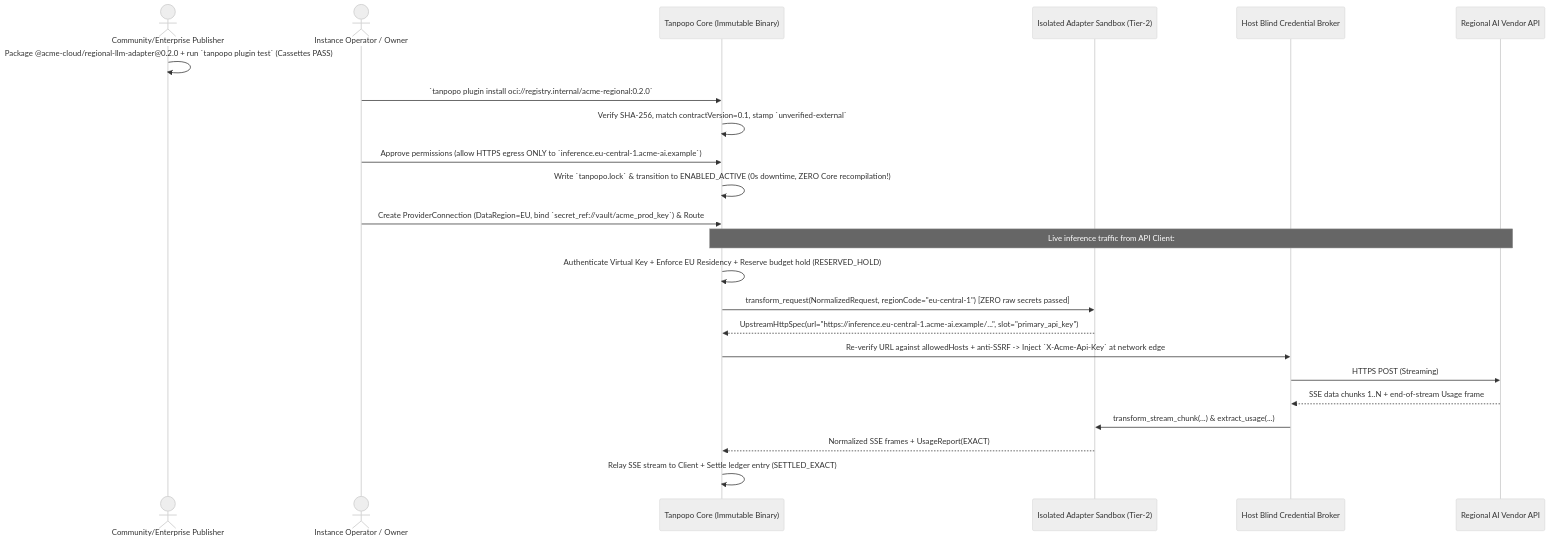
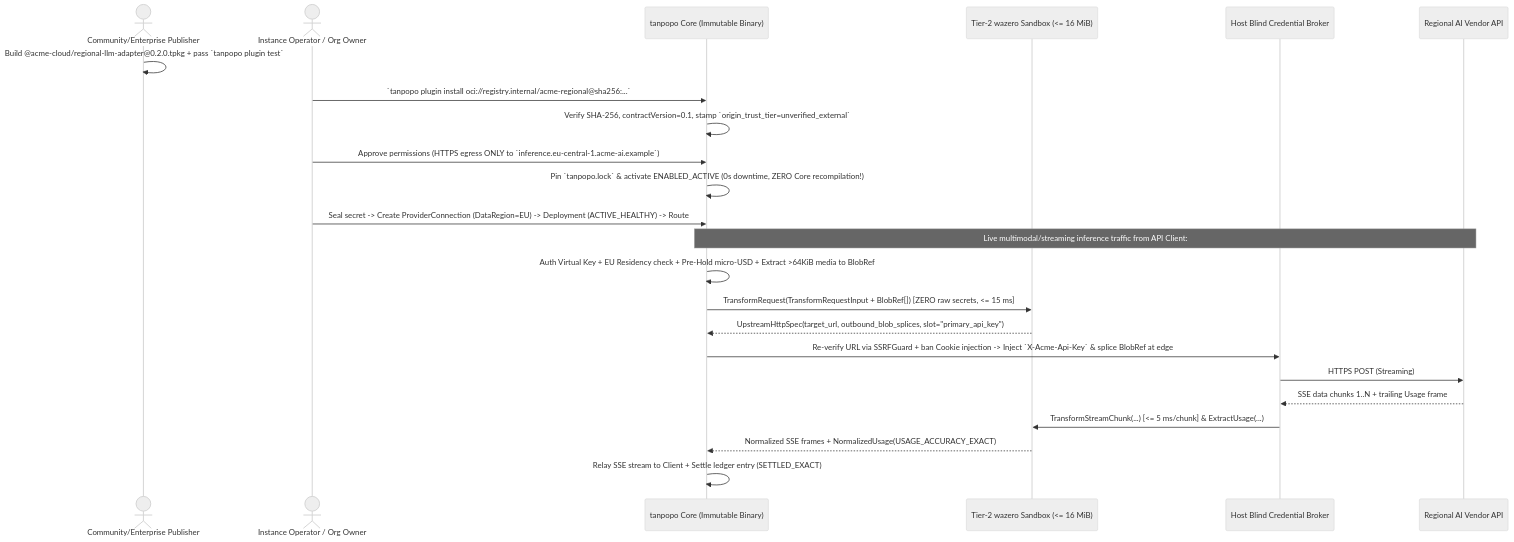
Before and after one commit to nguywnben/tanpopo: the second of 2 diagrams in docs/specifications/provider-adapter.md, drawn with Mermaid (neutral theme). The commit also changed other lines of this file and 70 other files, not shown here.

````diff
--- a/docs/specifications/provider-adapter.md
+++ b/docs/specifications/provider-adapter.md
@@ -149,26 +155,26 @@
 ```mermaid
 sequenceDiagram
     actor Pub as Community/Enterprise Publisher
-    actor Op as Instance Operator / Owner
-    participant Core as Tanpopo Core (Immutable Binary)
-    participant Sbx as Isolated Adapter Sandbox (Tier-2)
+    actor Op as Instance Operator / Org Owner
+    participant Core as tanpopo Core (Immutable Binary)
+    participant Sbx as Tier-2 wazero Sandbox (<= 16 MiB)
     participant Broker as Host Blind Credential Broker
     participant Up as Regional AI Vendor API
 
-    Pub->>Pub: Package @acme-cloud/regional-llm-adapter@0.2.0 + run `tanpopo plugin test` (Cassettes PASS)
-    Op->>Core: `tanpopo plugin install oci://registry.internal/acme-regional:0.2.0`
-    Core->>Core: Verify SHA-256, match contractVersion=0.1, stamp `unverified-external`
-    Op->>Core: Approve permissions (allow HTTPS egress ONLY to `inference.eu-central-1.acme-ai.example`)
-    Core->>Core: Write `tanpopo.lock` & transition to ENABLED_ACTIVE (0s downtime, ZERO Core recompilation!)
-    Op->>Core: Create ProviderConnection (DataRegion=EU, bind `secret_ref://vault/acme_prod_key`) & Route
-    Note over Core,Up: Live inference traffic from API Client:
-    Core->>Core: Authenticate Virtual Key + Enforce EU Residency + Reserve budget hold (RESERVED_HOLD)
-    Core->>Sbx: transform_request(NormalizedRequest, regionCode="eu-central-1") [ZERO raw secrets passed]
-    Sbx-->>Core: UpstreamHttpSpec(url="https://inference.eu-central-1.acme-ai.example/...", slot="primary_api_key")
-    Core->>Broker: Re-verify URL against allowedHosts + anti-SSRF -> Inject `X-Acme-Api-Key` at network edge
+    Pub->>Pub: Build @acme-cloud/regional-llm-adapter@0.2.0.tpkg + pass `tanpopo plugin test`
+    Op->>Core: `tanpopo plugin install oci://registry.internal/acme-regional@sha256:...`
+    Core->>Core: Verify SHA-256, contractVersion=0.1, stamp `origin_trust_tier=unverified_external`
+    Op->>Core: Approve permissions (HTTPS egress ONLY to `inference.eu-central-1.acme-ai.example`)
+    Core->>Core: Pin `tanpopo.lock` & activate ENABLED_ACTIVE (0s downtime, ZERO Core recompilation!)
+    Op->>Core: Seal secret -> Create ProviderConnection (DataRegion=EU) -> Deployment (ACTIVE_HEALTHY) -> Route
+    Note over Core,Up: Live multimodal/streaming inference traffic from API Client:
+    Core->>Core: Auth Virtual Key + EU Residency check + Pre-Hold micro-USD + Extract >64KiB media to BlobRef
+    Core->>Sbx: TransformRequest(TransformRequestInput + BlobRef[]) [ZERO raw secrets, <= 15 ms]
+    Sbx-->>Core: UpstreamHttpSpec(target_url, outbound_blob_splices, slot="primary_api_key")
+    Core->>Broker: Re-verify URL via SSRFGuard + ban Cookie injection -> Inject `X-Acme-Api-Key` & splice BlobRef at edge
     Broker->>Up: HTTPS POST (Streaming)
-    Up-->>Broker: SSE data chunks 1..N + end-of-stream Usage frame
-    Broker->>Sbx: transform_stream_chunk(...) & extract_usage(...)
-    Sbx-->>Core: Normalized SSE frames + UsageReport(EXACT)
+    Up-->>Broker: SSE data chunks 1..N + trailing Usage frame
+    Broker->>Sbx: TransformStreamChunk(...) [<= 5 ms/chunk] & ExtractUsage(...)
+    Sbx-->>Core: Normalized SSE frames + NormalizedUsage(USAGE_ACCURACY_EXACT)
     Core->>Core: Relay SSE stream to Client + Settle ledger entry (SETTLED_EXACT)
 ```
````
